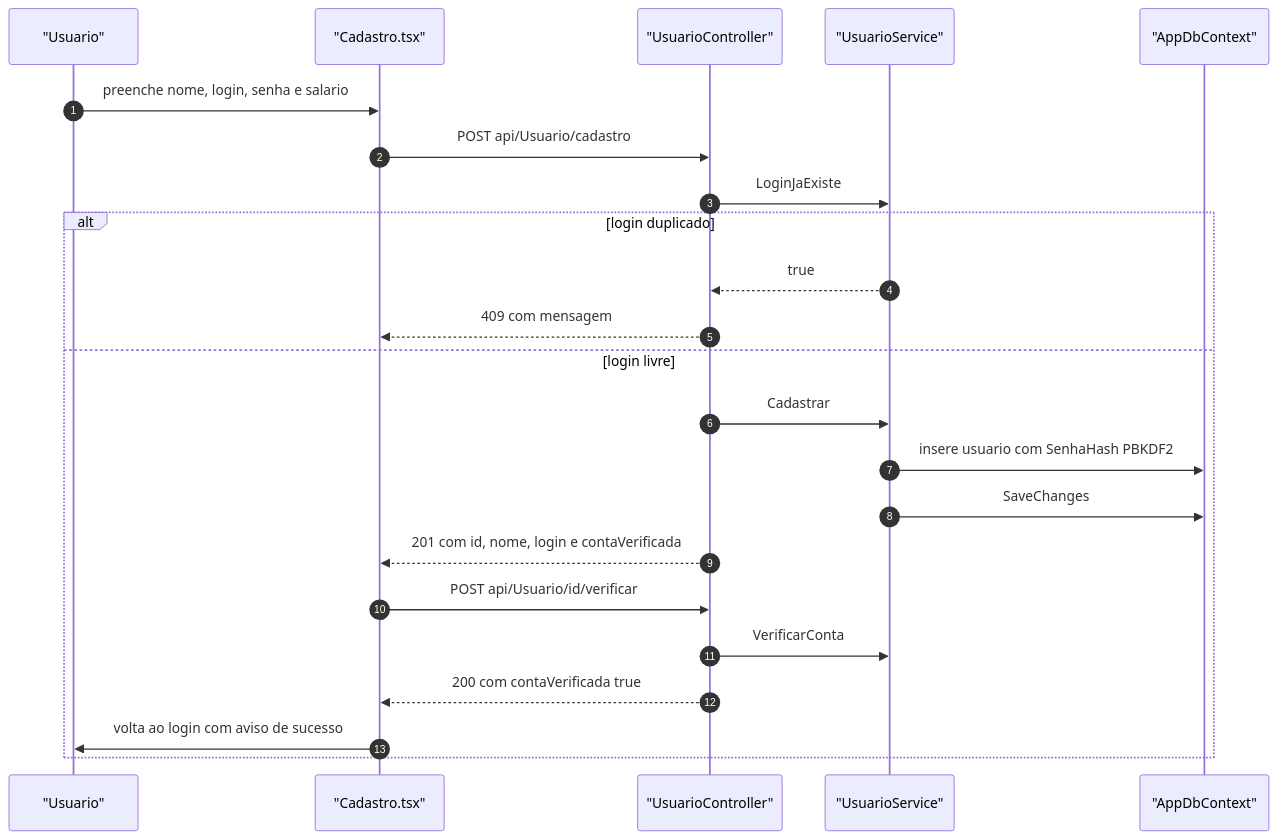
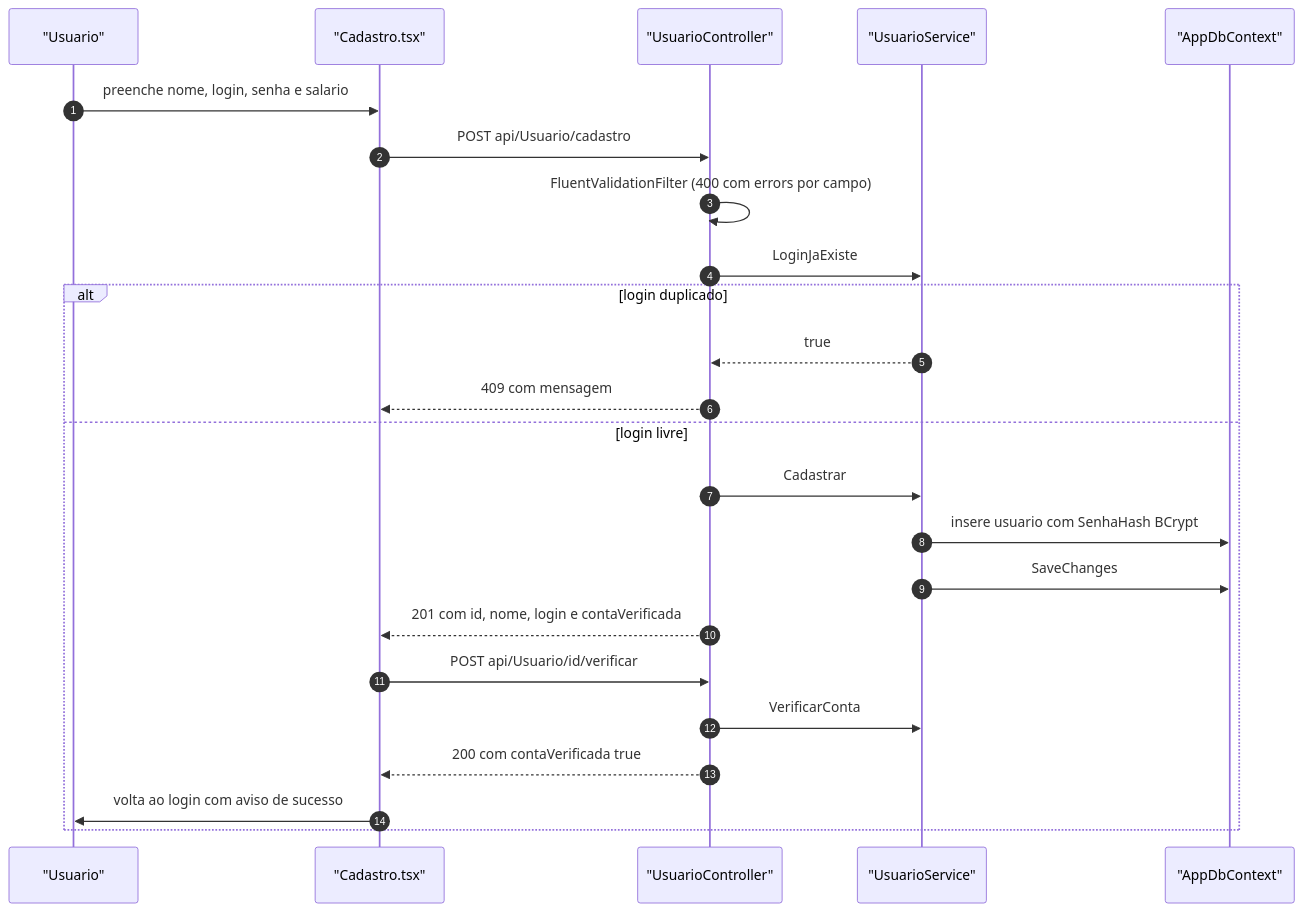
The seventh of 8 diagrams in docs/diagrama.md (Carlos-Florenzano/Portfy), drawn with Mermaid before and after one commit. The commit also changed 37 other files, not shown here.

````diff
--- a/docs/diagrama.md
+++ b/docs/diagrama.md
@@ -269,26 +269,27 @@
 ```mermaid
 sequenceDiagram
     autonumber
     participant U as "Usuario"
     participant CAD as "Cadastro.tsx"
     participant API as "UsuarioController"
     participant S as "UsuarioService"
     participant DB as "AppDbContext"
 
     U->>CAD: preenche nome, login, senha e salario
     CAD->>API: POST api/Usuario/cadastro
+    API->>API: FluentValidationFilter (400 com errors por campo)
     API->>S: LoginJaExiste
     alt login duplicado
         S-->>API: true
         API-->>CAD: 409 com mensagem
     else login livre
         API->>S: Cadastrar
-        S->>DB: insere usuario com SenhaHash PBKDF2
+        S->>DB: insere usuario com SenhaHash BCrypt
         S->>DB: SaveChanges
         API-->>CAD: 201 com id, nome, login e contaVerificada
         CAD->>API: POST api/Usuario/id/verificar
         API->>S: VerificarConta
         API-->>CAD: 200 com contaVerificada true
         CAD->>U: volta ao login com aviso de sucesso
     end
 ```
````
